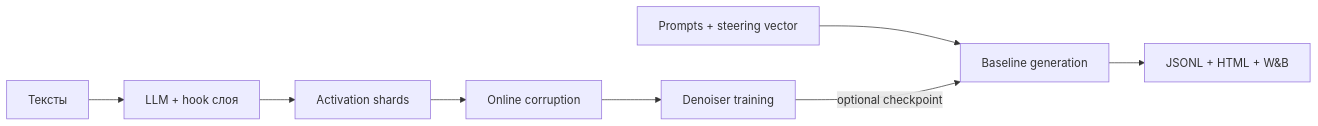
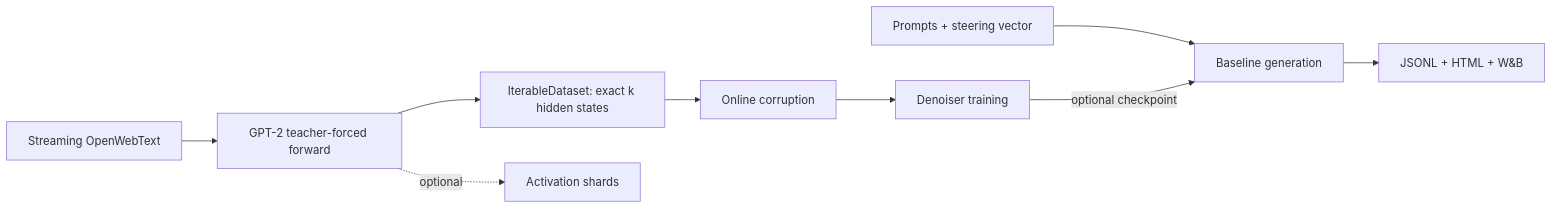
Before and after one commit to MichaelNotDeveloper/steering-recovery: the diagram in docs/architecture.md, drawn with Mermaid. The commit also changed other lines of this file and 14 other files, not shown here.

Commit message:
Add streaming teacher-forced activation training

````diff
--- a/docs/architecture.md
+++ b/docs/architecture.md
@@ -38,10 +39,11 @@
 ```mermaid
 flowchart LR
-    A["Тексты"] --> B["LLM + hook слоя"]
-    B --> C["Activation shards"]
+    A["Streaming OpenWebText"] --> B["GPT-2 teacher-forced forward"]
+    B --> C["IterableDataset: exact k hidden states"]
     C --> D["Online corruption"]
     D --> E["Denoiser training"]
+    B -. "optional" .-> I["Activation shards"]
     F["Prompts + steering vector"] --> G["Baseline generation"]
     E -->|"optional checkpoint"| G
     G --> H["JSONL + HTML + W&B"]
 ```
````
